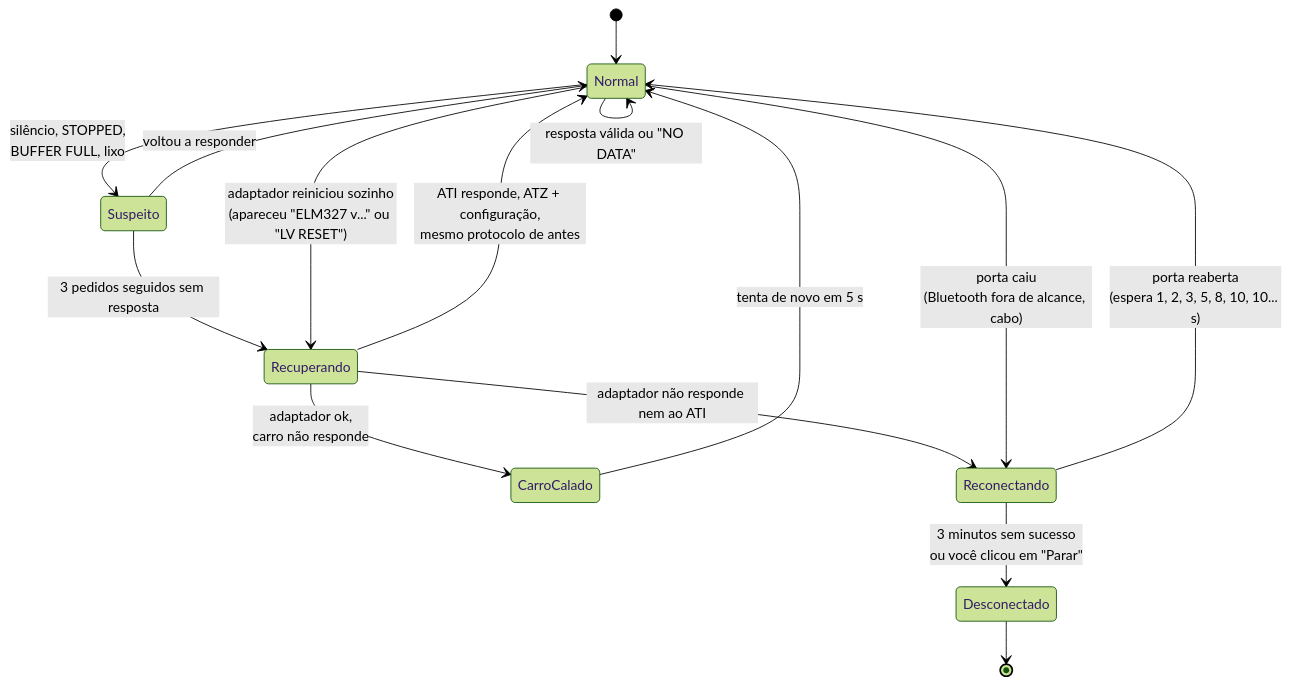
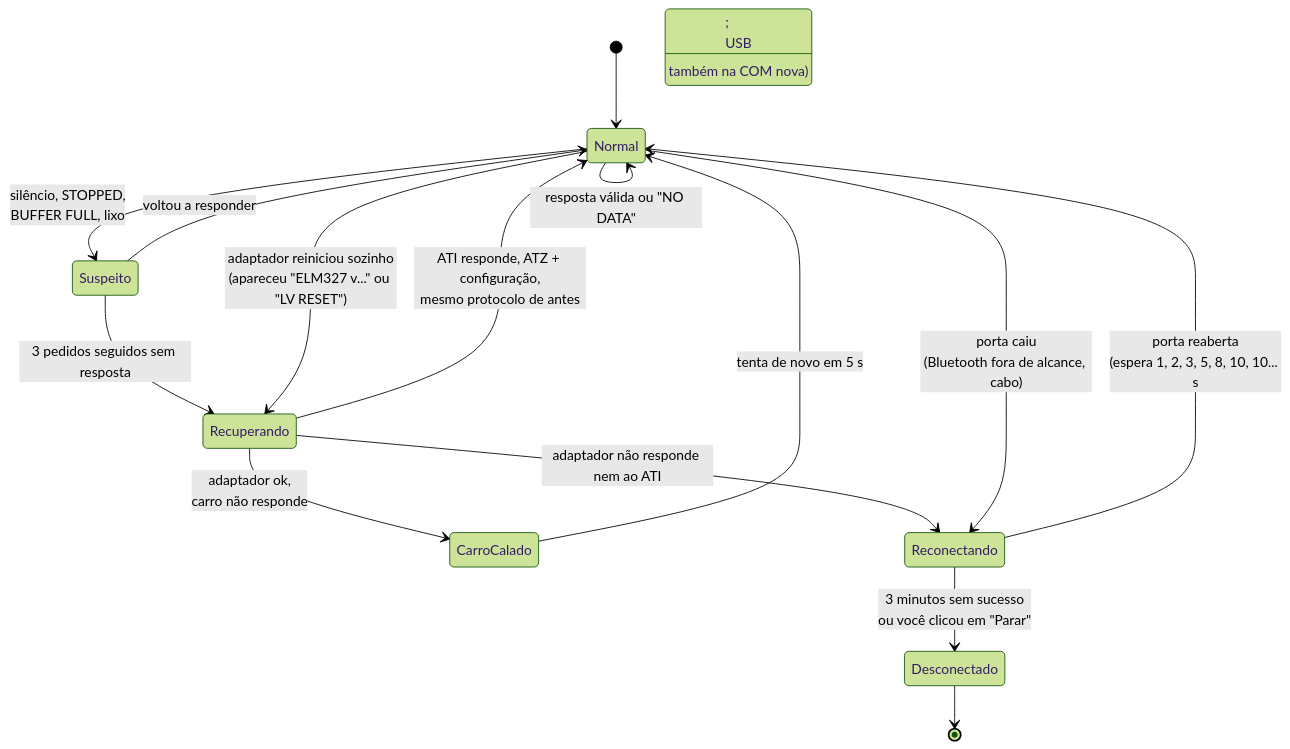
Before and after one commit to samuvieceli/obd2-scanner: the seventh of 12 diagrams in docs/DIAGRAMAS.md, drawn with Mermaid (forest theme). The commit also changed other lines of this file and 4 other files, not shown here.

First line of the commit message:
Reconnect a USB adapter that came back on another COM port

````diff
--- a/docs/DIAGRAMAS.md
+++ b/docs/DIAGRAMAS.md
@@ -178,17 +178,17 @@
 ```mermaid
 stateDiagram-v2
     [*] --> Normal
     Normal --> Normal: resposta válida ou "NO DATA"
     Normal --> Suspeito: silêncio, STOPPED,<br/>BUFFER FULL, lixo
     Suspeito --> Normal: voltou a responder
     Suspeito --> Recuperando: 3 pedidos seguidos sem resposta
     Normal --> Recuperando: adaptador reiniciou sozinho<br/>(apareceu "ELM327 v..." ou "LV RESET")
     Recuperando --> Normal: ATI responde, ATZ + configuração,<br/>mesmo protocolo de antes
     Recuperando --> CarroCalado: adaptador ok,<br/>carro não responde
     CarroCalado --> Normal: tenta de novo em 5 s
     Recuperando --> Reconectando: adaptador não responde nem ao ATI
     Normal --> Reconectando: porta caiu<br/>(Bluetooth fora de alcance, cabo)
-    Reconectando --> Normal: porta reaberta<br/>(espera 1, 2, 3, 5, 8, 10, 10... s)
+    Reconectando --> Normal: porta reaberta<br/>(espera 1, 2, 3, 5, 8, 10, 10... s;<br/>USB: também na COM nova)
     Reconectando --> Desconectado: 3 minutos sem sucesso<br/>ou você clicou em "Parar"
     Desconectado --> [*]
 ```
````
